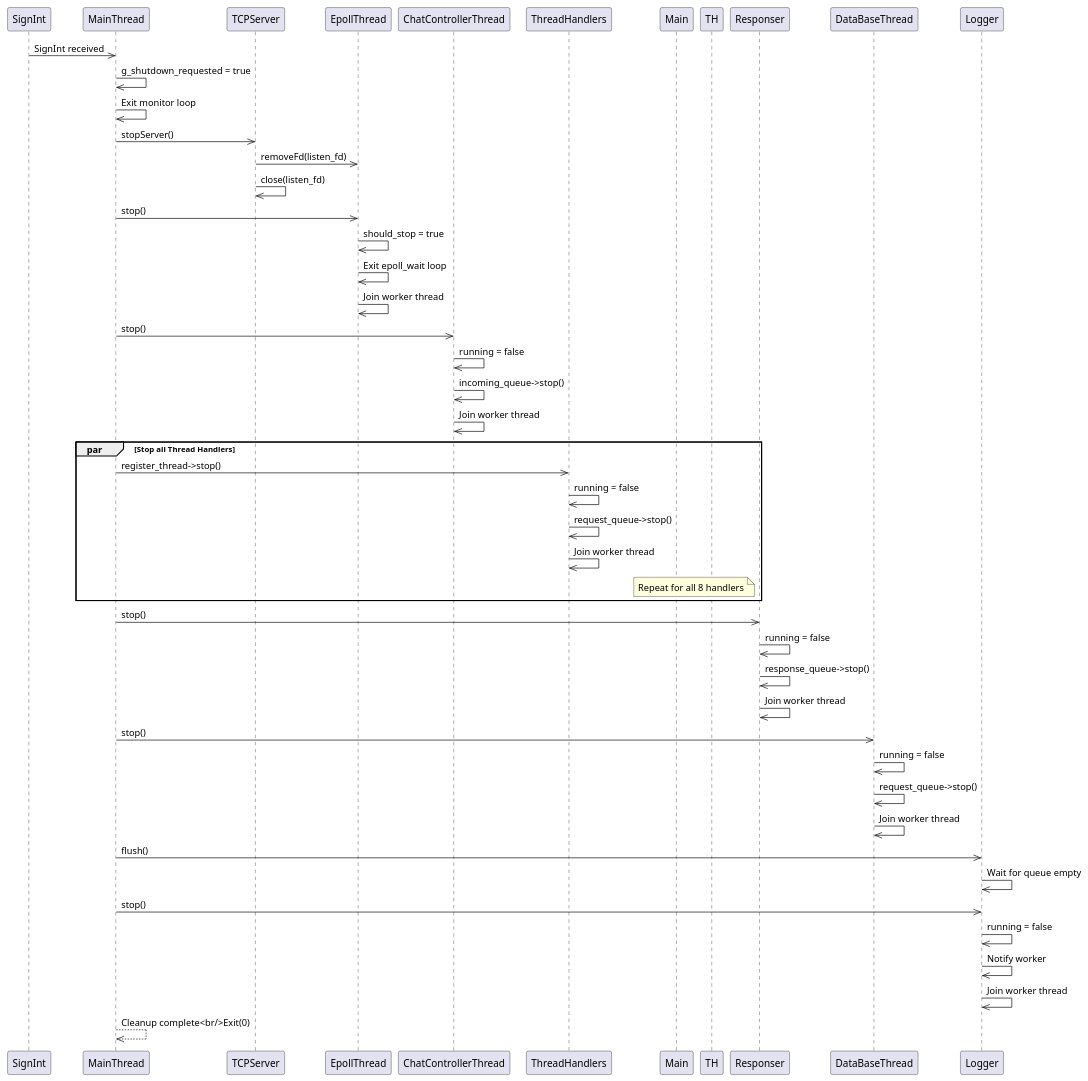
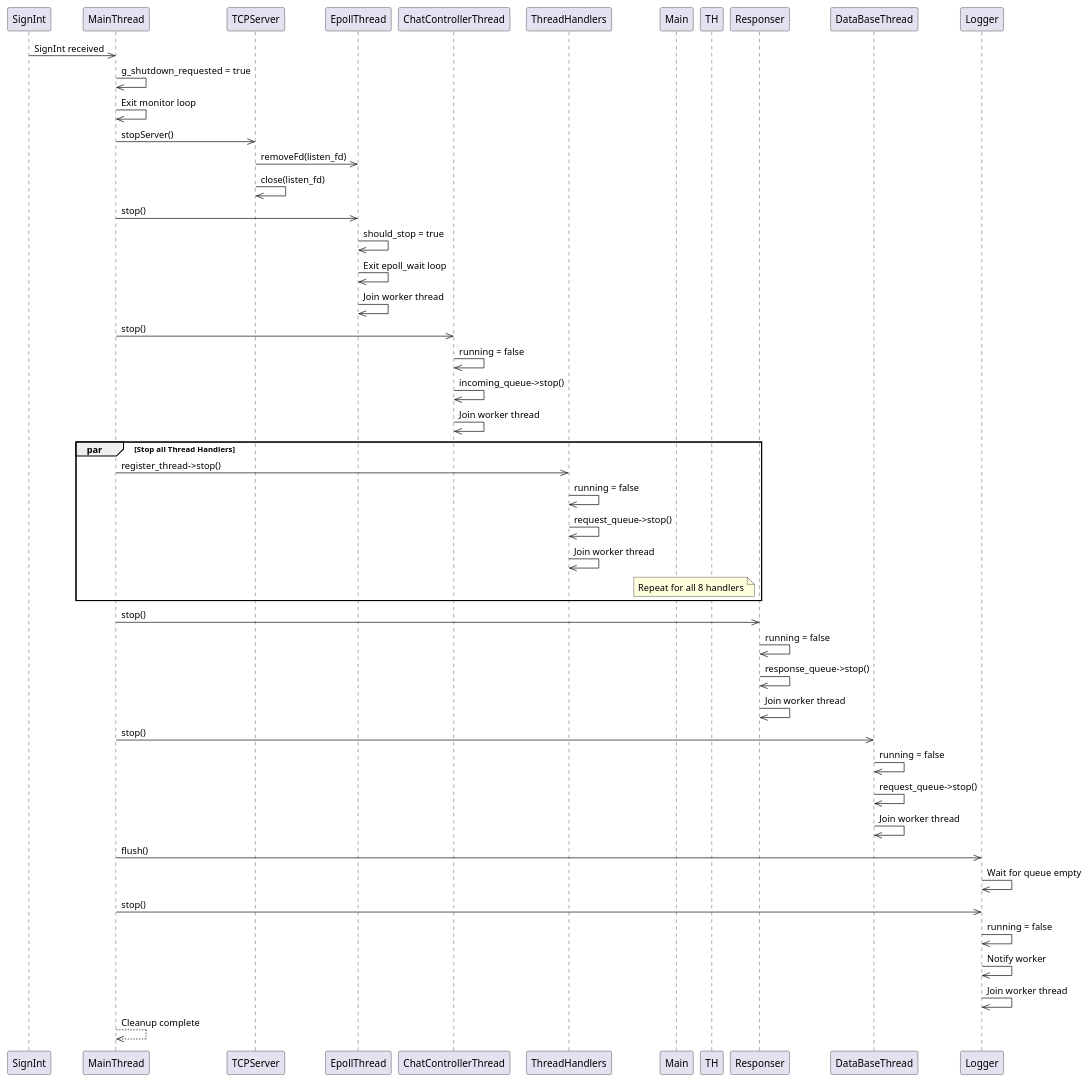
The diagram in sequencediagram/sequencediagram6.puml (ThanhPhammmm/Chat_Server), drawn with PlantUML before and after one commit. The commit also changed 7 other files, not shown here.

Commit message:
Refactor sequence diagrams for clarity and consistency across user flows

```diff
--- a/sequencediagram/sequencediagram6.puml
+++ b/sequencediagram/sequencediagram6.puml
@@ -1,48 +1,50 @@
 @startuml Graceful Shutdown Flow
-    SignInt->>MainThread: SignInt received
-    MainThread->>MainThread: g_shutdown_requested = true
-    MainThread->>MainThread: Exit monitor loop
+
+SignInt->>MainThread: SignInt received
+MainThread->>MainThread: g_shutdown_requested = true
+MainThread->>MainThread: Exit monitor loop
+
+MainThread->>TCPServer: stopServer()
+TCPServer->>EpollThread: removeFd(listen_fd)
+TCPServer->>TCPServer: close(listen_fd)
+
+MainThread->>EpollThread: stop()
+EpollThread->>EpollThread: should_stop = true
+EpollThread->>EpollThread: Exit epoll_wait loop
+EpollThread->>EpollThread: Join worker thread
+
+MainThread->>ChatControllerThread: stop()
+ChatControllerThread->>ChatControllerThread: running = false
+ChatControllerThread->>ChatControllerThread: incoming_queue->stop()
+ChatControllerThread->>ChatControllerThread: Join worker thread
+
+par Stop all Thread Handlers
+    MainThread->>ThreadHandlers: register_thread->stop()
+    ThreadHandlers->>ThreadHandlers: running = false
+    ThreadHandlers->>ThreadHandlers: request_queue->stop()
+    ThreadHandlers->>ThreadHandlers: Join worker thread
     
-    MainThread->>TCPServer: stopServer()
-    TCPServer->>EpollThread: removeFd(listen_fd)
-    TCPServer->>TCPServer: close(listen_fd)
-    
-    MainThread->>EpollThread: stop()
-    EpollThread->>EpollThread: should_stop = true
-    EpollThread->>EpollThread: Exit epoll_wait loop
-    EpollThread->>EpollThread: Join worker thread
-    
-    MainThread->>ChatControllerThread: stop()
-    ChatControllerThread->>ChatControllerThread: running = false
-    ChatControllerThread->>ChatControllerThread: incoming_queue->stop()
-    ChatControllerThread->>ChatControllerThread: Join worker thread
-    
-    par Stop all Thread Handlers
-        MainThread->>ThreadHandlers: register_thread->stop()
-        ThreadHandlers->>ThreadHandlers: running = false
-        ThreadHandlers->>ThreadHandlers: request_queue->stop()
-        ThreadHandlers->>ThreadHandlers: Join worker thread
-        
-        Note over Main,TH: Repeat for all 8 handlers
-    end
-    
-    MainThread->>Responser: stop()
-    Responser->>Responser: running = false
-    Responser->>Responser: response_queue->stop()
-    Responser->>Responser: Join worker thread
-    
-    MainThread->>DataBaseThread: stop()
-    DataBaseThread->>DataBaseThread: running = false
-    DataBaseThread->>DataBaseThread: request_queue->stop()
-    DataBaseThread->>DataBaseThread: Join worker thread
-    
-    MainThread->>Logger: flush()
-    Logger->>Logger: Wait for queue empty
-    
-    MainThread->>Logger: stop()
-    Logger->>Logger: running = false
-    Logger->>Logger: Notify worker
-    Logger->>Logger: Join worker thread
-    
-    MainThread-->>MainThread: Cleanup complete<br/>Exit(0)
+    Note over Main,TH: Repeat for all 8 handlers
+end
+
+MainThread->>Responser: stop()
+Responser->>Responser: running = false
+Responser->>Responser: response_queue->stop()
+Responser->>Responser: Join worker thread
+
+MainThread->>DataBaseThread: stop()
+DataBaseThread->>DataBaseThread: running = false
+DataBaseThread->>DataBaseThread: request_queue->stop()
+DataBaseThread->>DataBaseThread: Join worker thread
+
+MainThread->>Logger: flush()
+Logger->>Logger: Wait for queue empty
+
+MainThread->>Logger: stop()
+Logger->>Logger: running = false
+Logger->>Logger: Notify worker
+Logger->>Logger: Join worker thread
+
+MainThread-->>MainThread: Cleanup complete
+
 @enduml
```
